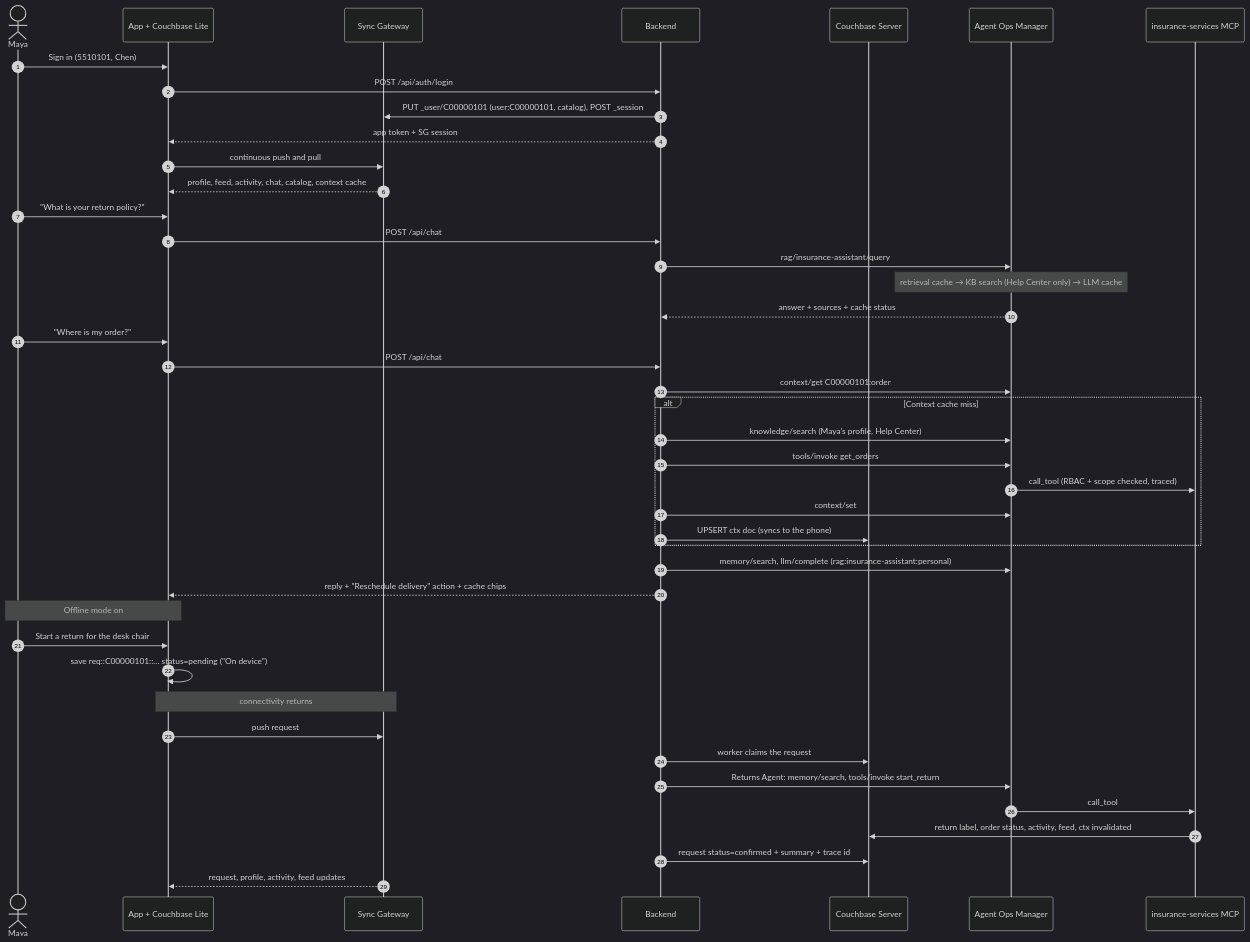
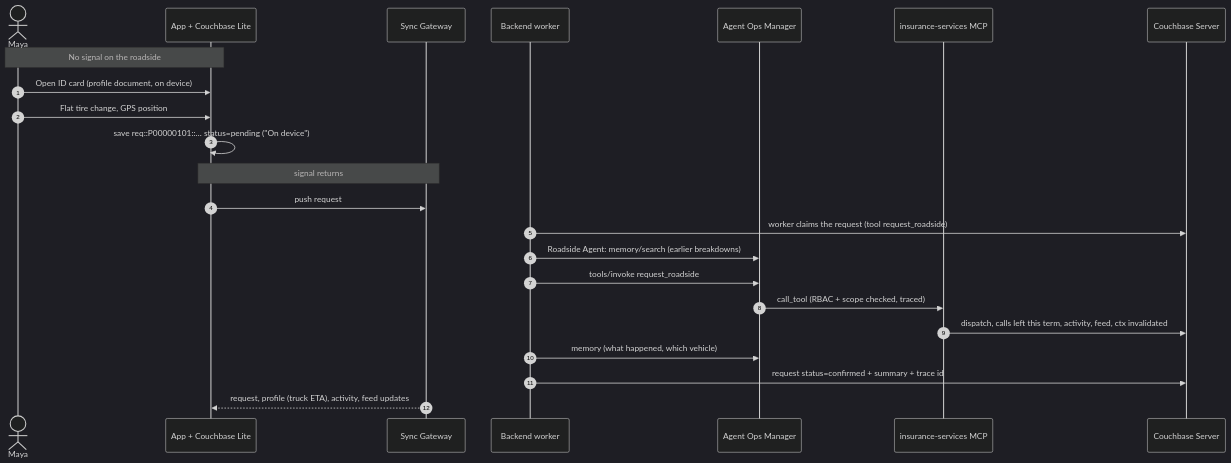
Before and after one commit to Couchbase-Field-Engineering/couchbase-insurance-mobile-ai-personalization-demo: the first of 2 diagrams in README.md, drawn with Mermaid (dark theme). The commit also changed other lines of this file and 25 other files, not shown here.

````diff
--- a/README.md
+++ b/README.md
@@ -75,49 +78,26 @@
 ```mermaid
 sequenceDiagram
   autonumber
   actor U as Maya
   participant App as App + Couchbase Lite
   participant SG as Sync Gateway
-  participant BE as Backend
-  participant CB as Couchbase Server
+  participant BE as Backend worker
   participant AOM as Agent Ops Manager
   participant MCP as insurance-services MCP
+  participant CB as Couchbase Server
 
-  U->>App: Sign in (5510101, Chen)
-  App->>BE: POST /api/auth/login
-  BE->>SG: PUT _user/C00000101 (user:C00000101, catalog), POST _session
-  BE-->>App: app token + SG session
-  App->>SG: continuous push and pull
-  SG-->>App: profile, feed, activity, chat, catalog, context cache
-
-  U->>App: "What is your return policy?"
-  App->>BE: POST /api/chat
-  BE->>AOM: rag/insurance-assistant/query
-  Note over AOM: retrieval cache → KB search (Help Center only) → LLM cache
-  AOM-->>BE: answer + sources + cache status
-
-  U->>App: "Where is my order?"
-  App->>BE: POST /api/chat
-  BE->>AOM: context/get C00000101:order
-  alt Context cache miss
-    BE->>AOM: knowledge/search (Maya's profile, Help Center)
-    BE->>AOM: tools/invoke get_orders
-    AOM->>MCP: call_tool (RBAC + scope checked, traced)
-    BE->>AOM: context/set
-    BE->>CB: UPSERT ctx doc (syncs to the phone)
-  end
-  BE->>AOM: memory/search, llm/complete (rag:insurance-assistant:personal)
-  BE-->>App: reply + "Reschedule delivery" action + cache chips
-
-  Note over U,App: Offline mode on
-  U->>App: Start a return for the desk chair
-  App->>App: save req::C00000101::… status=pending ("On device")
-  Note over App,SG: connectivity returns
+  Note over U,App: No signal on the roadside
+  U->>App: Open ID card (profile document, on device)
+  U->>App: Flat tire change, GPS position
+  App->>App: save req::P00000101::… status=pending ("On device")
+  Note over App,SG: signal returns
   App->>SG: push request
-  BE->>CB: worker claims the request
-  BE->>AOM: Returns Agent: memory/search, tools/invoke start_return
-  AOM->>MCP: call_tool
-  MCP->>CB: return label, order status, activity, feed, ctx invalidated
+  BE->>CB: worker claims the request (tool request_roadside)
+  BE->>AOM: Roadside Agent: memory/search (earlier breakdowns)
+  BE->>AOM: tools/invoke request_roadside
+  AOM->>MCP: call_tool (RBAC + scope checked, traced)
+  MCP->>CB: dispatch, calls left this term, activity, feed, ctx invalidated
+  BE->>AOM: memory (what happened, which vehicle)
   BE->>CB: request status=confirmed + summary + trace id
-  SG-->>App: request, profile, activity, feed updates
+  SG-->>App: request, profile (truck ETA), activity, feed updates
 ```
````
